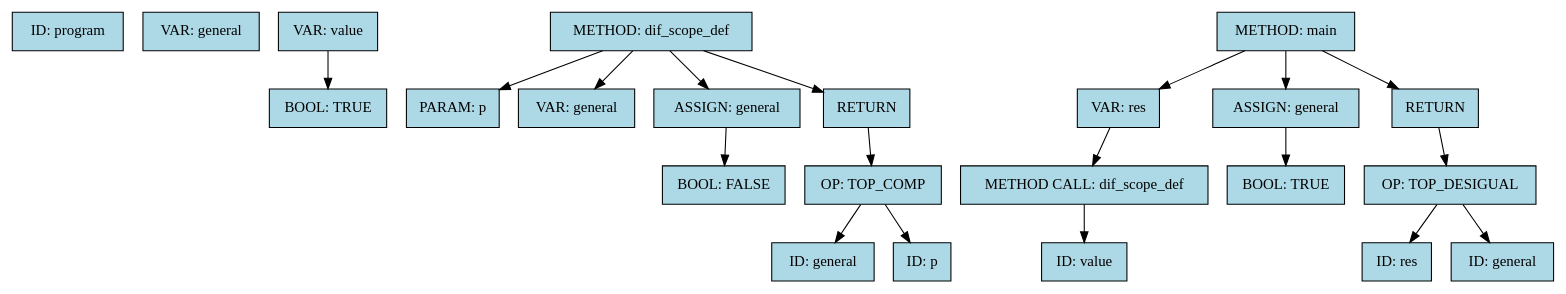
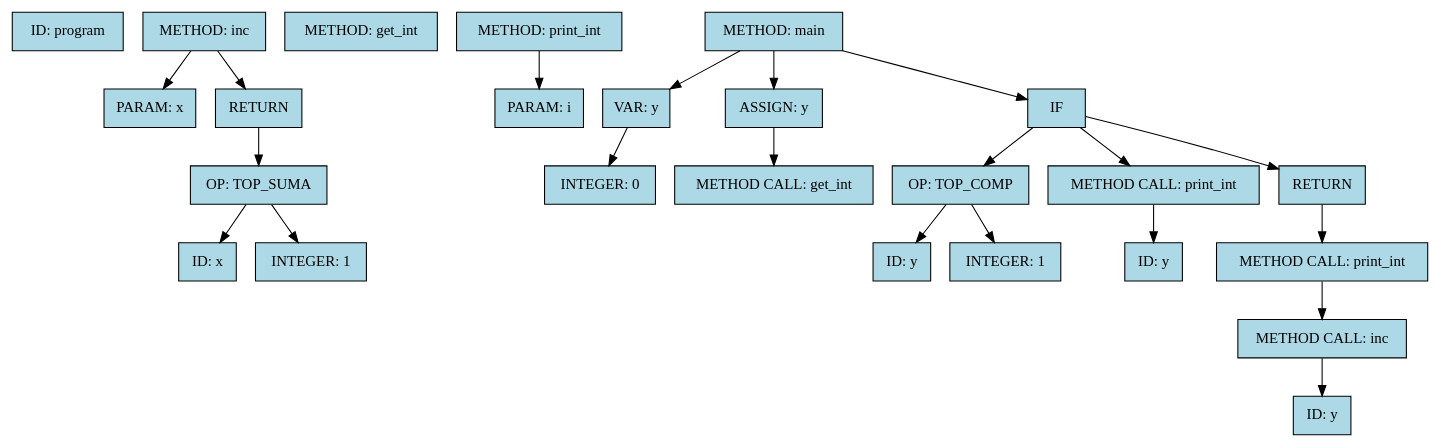
The diagram in ast.dot (joaquinmezzano/proyecto-compiladores), drawn with Graphviz before and after one commit. The commit also changed 3 other files, not shown here.

```diff
--- a/ast.dot
+++ b/ast.dot
@@ -1,45 +1,49 @@
 digraph AST {
   rankdir=TB;
   node [shape=box, style=filled, fillcolor=lightblue];
   "n0" [label="ID: program"];
-  "n1" [label="VAR: general"];
-  "n2" [label="VAR: value"];
-  "n3" [label="BOOL: TRUE"];
-  "n2" -> "n3";
-  "n4" [label="METHOD: dif_scope_def"];
-  "n5" [label="PARAM: p"];
+  "n1" [label="METHOD: inc"];
+  "n2" [label="PARAM: x"];
+  "n1" -> "n2";
+  "n3" [label="RETURN"];
+  "n1" -> "n3";
+  "n4" [label="OP: TOP_SUMA"];
+  "n3" -> "n4";
+  "n5" [label="ID: x"];
   "n4" -> "n5";
-  "n6" [label="VAR: general"];
+  "n6" [label="INTEGER: 1"];
   "n4" -> "n6";
-  "n7" [label="ASSIGN: general"];
-  "n4" -> "n7";
-  "n8" [label="BOOL: FALSE"];
-  "n7" -> "n8";
-  "n9" [label="RETURN"];
-  "n4" -> "n9";
-  "n10" [label="OP: TOP_COMP"];
-  "n9" -> "n10";
-  "n11" [label="ID: general"];
+  "n7" [label="METHOD: get_int"];
+  "n8" [label="METHOD: print_int"];
+  "n9" [label="PARAM: i"];
+  "n8" -> "n9";
+  "n10" [label="METHOD: main"];
+  "n11" [label="VAR: y"];
   "n10" -> "n11";
-  "n12" [label="ID: p"];
-  "n10" -> "n12";
-  "n13" [label="METHOD: main"];
-  "n14" [label="VAR: res"];
+  "n12" [label="INTEGER: 0"];
+  "n11" -> "n12";
+  "n13" [label="ASSIGN: y"];
+  "n10" -> "n13";
+  "n14" [label="METHOD CALL: get_int"];
   "n13" -> "n14";
-  "n15" [label="METHOD CALL: dif_scope_def"];
-  "n14" -> "n15";
-  "n16" [label="ID: value"];
+  "n15" [label="IF"];
+  "n10" -> "n15";
+  "n16" [label="OP: TOP_COMP"];
   "n15" -> "n16";
-  "n17" [label="ASSIGN: general"];
-  "n13" -> "n17";
-  "n18" [label="BOOL: TRUE"];
-  "n17" -> "n18";
-  "n19" [label="RETURN"];
-  "n13" -> "n19";
-  "n20" [label="OP: TOP_DESIGUAL"];
+  "n17" [label="ID: y"];
+  "n16" -> "n17";
+  "n18" [label="INTEGER: 1"];
+  "n16" -> "n18";
+  "n19" [label="METHOD CALL: print_int"];
+  "n15" -> "n19";
+  "n20" [label="ID: y"];
   "n19" -> "n20";
-  "n21" [label="ID: res"];
-  "n20" -> "n21";
-  "n22" [label="ID: general"];
-  "n20" -> "n22";
+  "n21" [label="RETURN"];
+  "n15" -> "n21";
+  "n22" [label="METHOD CALL: print_int"];
+  "n21" -> "n22";
+  "n23" [label="METHOD CALL: inc"];
+  "n22" -> "n23";
+  "n24" [label="ID: y"];
+  "n23" -> "n24";
 }
```
